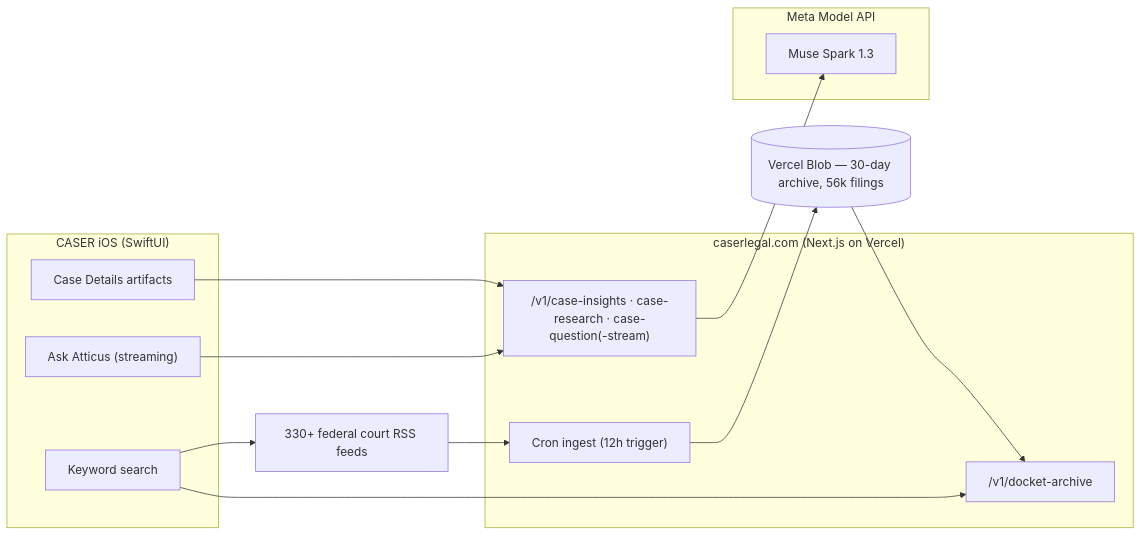
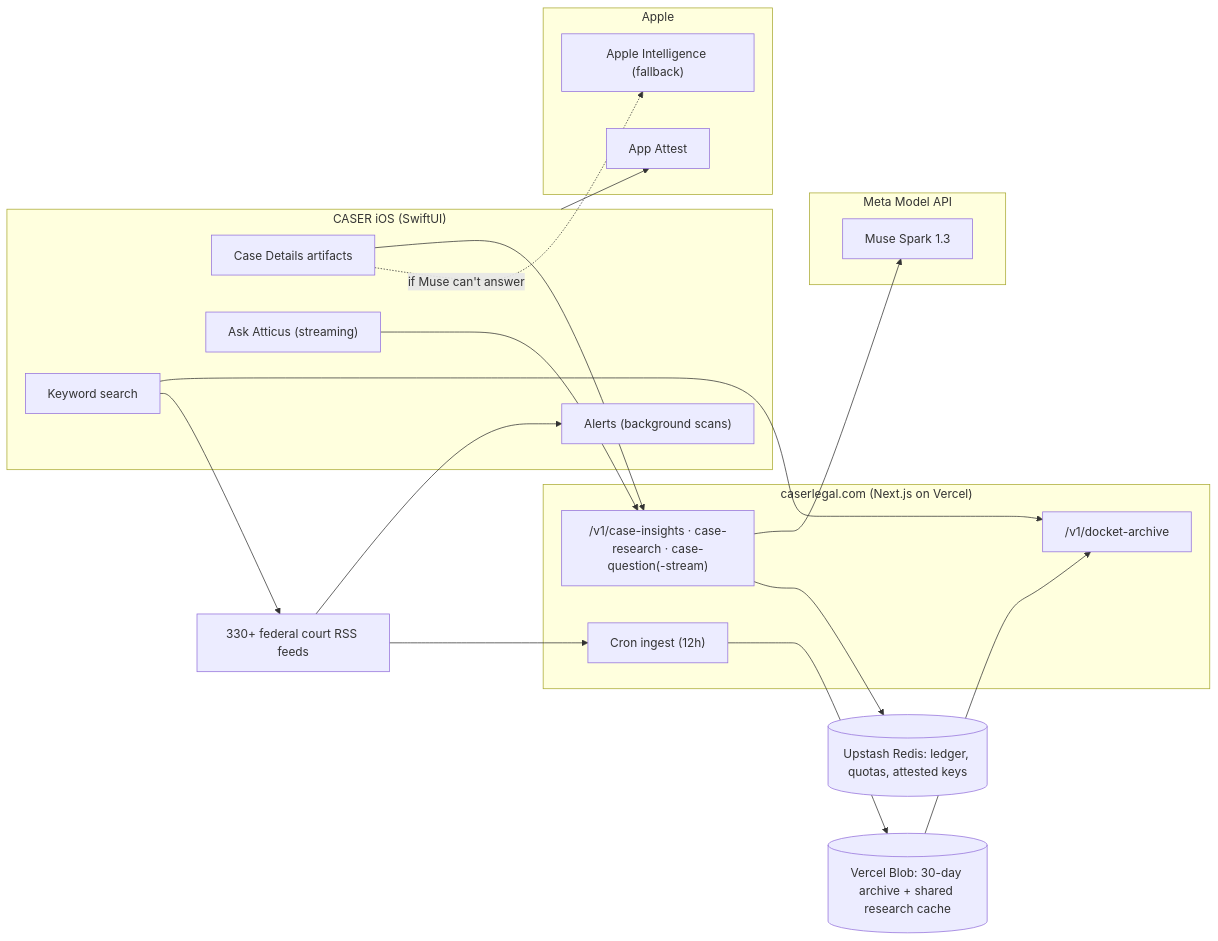
Before and after one commit to caser-legal/CASER-2.0: the diagram in README.md, drawn with Mermaid. The commit also changed other lines of this file and 4 other files, not shown here.

````diff
--- a/README.md
+++ b/README.md
@@ -100,24 +128,33 @@
 ```mermaid
 flowchart LR
     subgraph iPhone["CASER iOS (SwiftUI)"]
         Search["Keyword search"]
         Details["Case Details artifacts"]
         Ask["Ask Atticus (streaming)"]
+        Alerts["Alerts (background scans)"]
     end
     subgraph Web["caserlegal.com (Next.js on Vercel)"]
         API["/v1/case-insights · case-research · case-question(-stream)"]
         ArchiveAPI["/v1/docket-archive"]
-        Cron["Cron ingest (12h trigger)"]
+        Cron["Cron ingest (12h)"]
     end
     subgraph Meta["Meta Model API"]
         Spark["Muse Spark 1.3"]
     end
+    subgraph Apple["Apple"]
+        Attest["App Attest"]
+        AppleAI["Apple Intelligence (fallback)"]
+    end
     Feeds["330+ federal court RSS feeds"] --> Cron
-    Cron --> Blob[("Vercel Blob — 30-day archive, 56k filings")]
+    Feeds --> Alerts
+    Cron --> Blob[("Vercel Blob: 30-day archive + shared research cache")]
     Blob --> ArchiveAPI
     Search --> ArchiveAPI
     Search --> Feeds
     Details --> API
     Ask --> API
     API --> Spark
+    API --> Redis[("Upstash Redis: ledger, quotas, attested keys")]
+    iPhone --> Attest
+    Details -. "if Muse can't answer" .-> AppleAI
 ```
````
